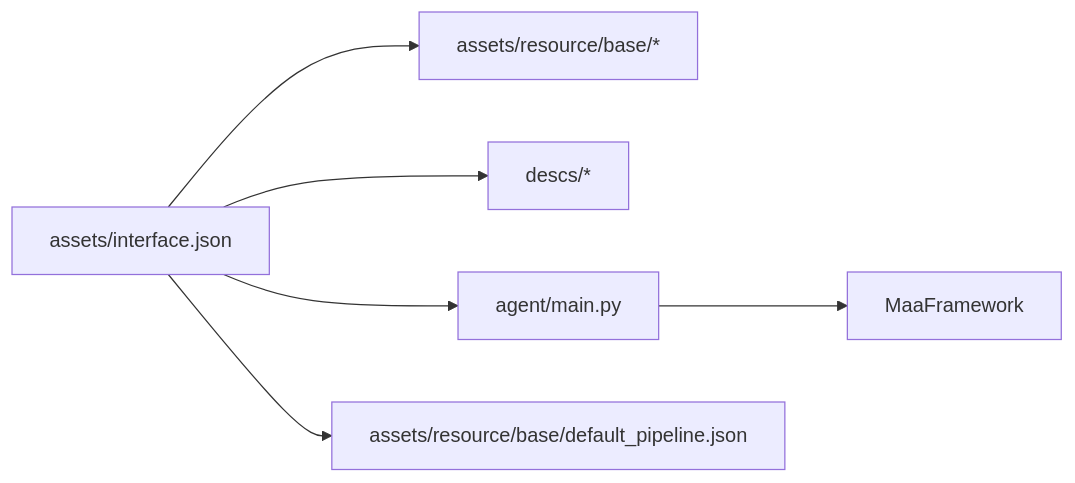
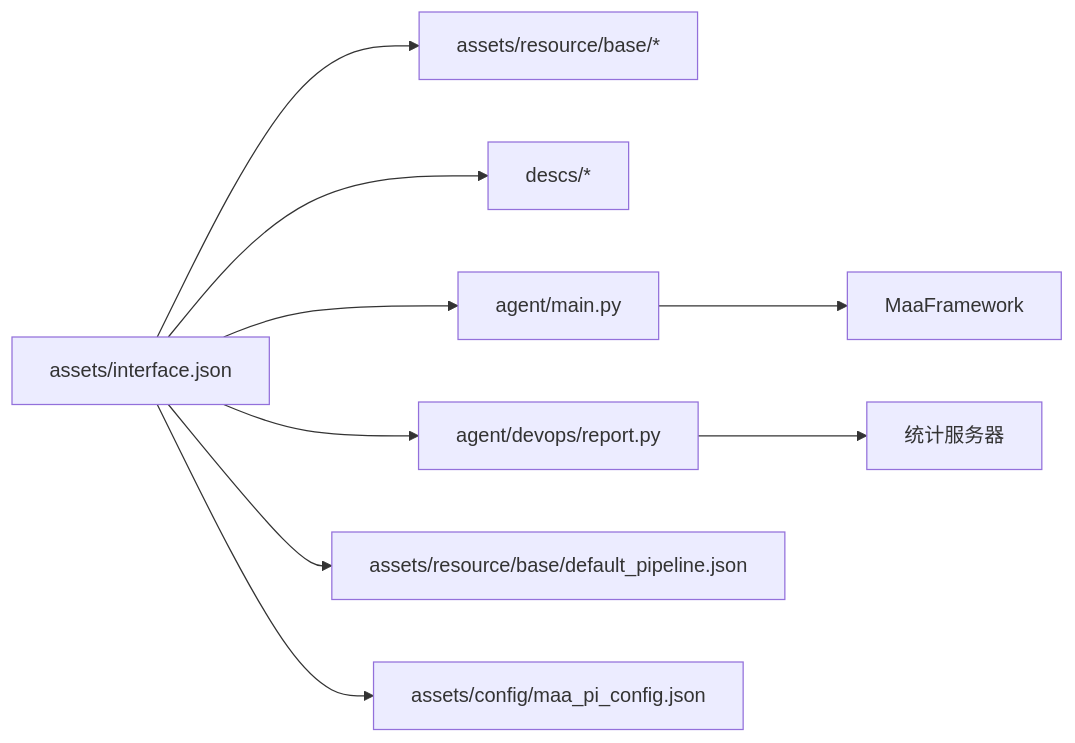
One commit to kqcoxn/MaaDuDuL changed the seventh of 7 diagrams in .qoder/repowiki/zh/content/系统架构与设计/配置体系与资源管理/界面接口配置/界面接口配置.md. Above: the diagram before and after it, drawn with Mermaid. The commit also changed other lines of this file and 9 other files, not shown here.

````diff
--- a/.qoder/repowiki/zh/content/系统架构与设计/配置体系与资源管理/界面接口配置/界面接口配置.md
+++ b/.qoder/repowiki/zh/content/系统架构与设计/配置体系与资源管理/界面接口配置/界面接口配置.md
@@ -249,8 +300,11 @@
 ```mermaid
 graph LR
 IF["assets/interface.json"] --> RES["assets/resource/base/*"]
 IF --> DES["descs/*"]
 IF --> AG["agent/main.py"]
+IF --> DEVOPS["agent/devops/report.py"]
 AG --> FW["MaaFramework"]
+DEVOPS --> SERVER["统计服务器"]
 IF --> PIPE["assets/resource/base/default_pipeline.json"]
+IF --> CFG["assets/config/maa_pi_config.json"]
 ```
````
